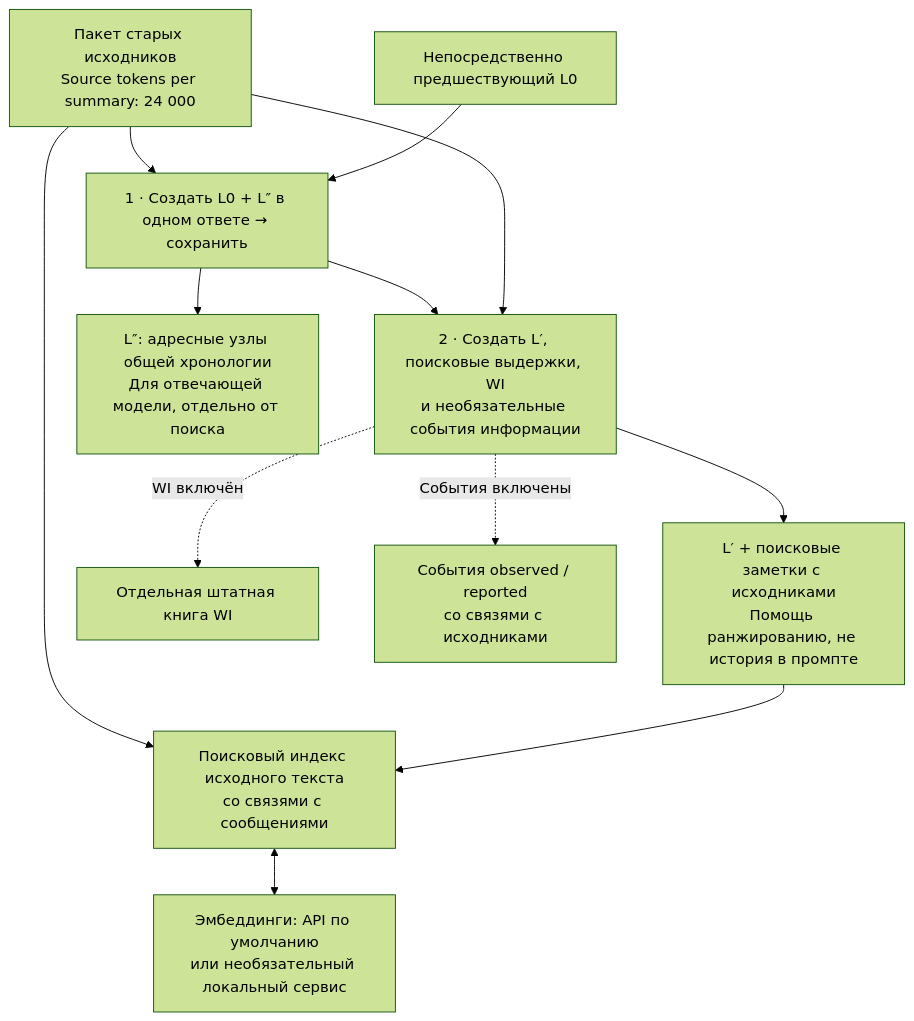
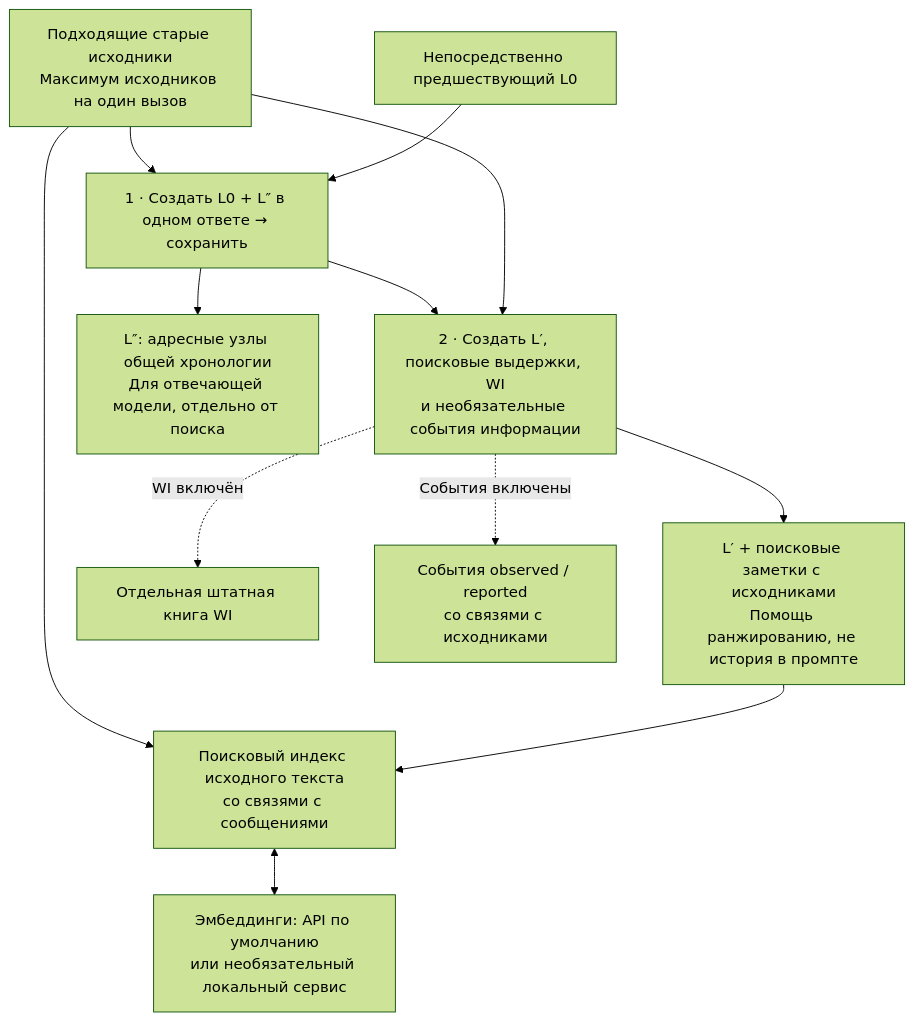
Before and after one commit to Ilya626/Extension-WorldMemory: the first of 2 diagrams in README_RU.md, drawn with Mermaid (forest theme). The commit also changed other lines of this file and 25 other files, not shown here.

````diff
--- a/README_RU.md
+++ b/README_RU.md
@@ -69,14 +82,14 @@
 ```mermaid
 flowchart TD
-    O["Пакет старых исходников<br/>Source tokens per summary: 24 000"] --> A["1 · Создать L0 + L″ в одном ответе → сохранить"]
+    O["Подходящие старые исходники<br/>Максимум исходников на один вызов"] --> A["1 · Создать L0 + L″ в одном ответе → сохранить"]
     P["Непосредственно предшествующий L0"] --> A
     A --> B["2 · Создать L′, поисковые выдержки, WI<br/>и необязательные события информации"]
     A --> K["L″: адресные узлы общей хронологии<br/>Для отвечающей модели, отдельно от поиска"]
     O --> B
     B --> N["L′ + поисковые заметки с исходниками<br/>Помощь ранжированию, не история в промпте"]
     O --> I["Поисковый индекс исходного текста<br/>со связями с сообщениями"]
     N --> I
     B -. "WI включён" .-> W["Отдельная штатная книга WI"]
     B -. "События включены" .-> V["События observed / reported<br/>со связями с исходниками"]
     I <--> E["Эмбеддинги: API по умолчанию<br/>или необязательный локальный сервис"]
 ```
````
